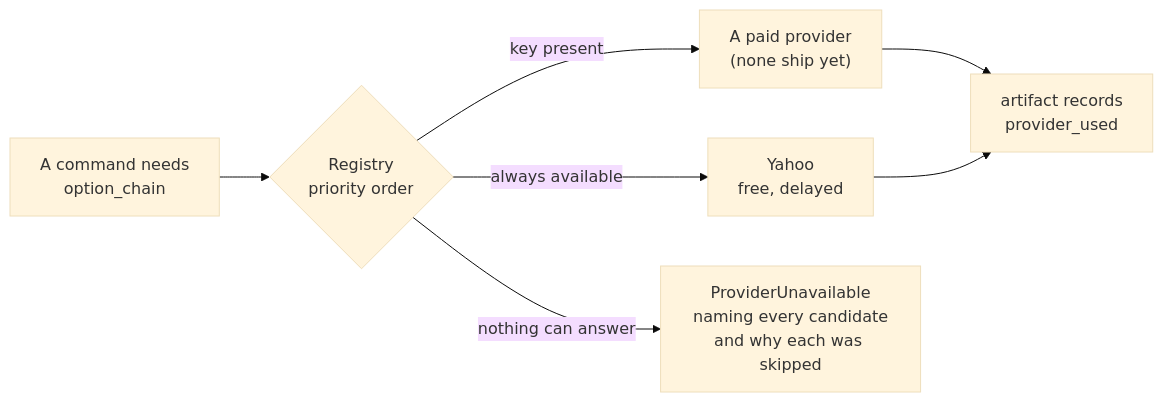
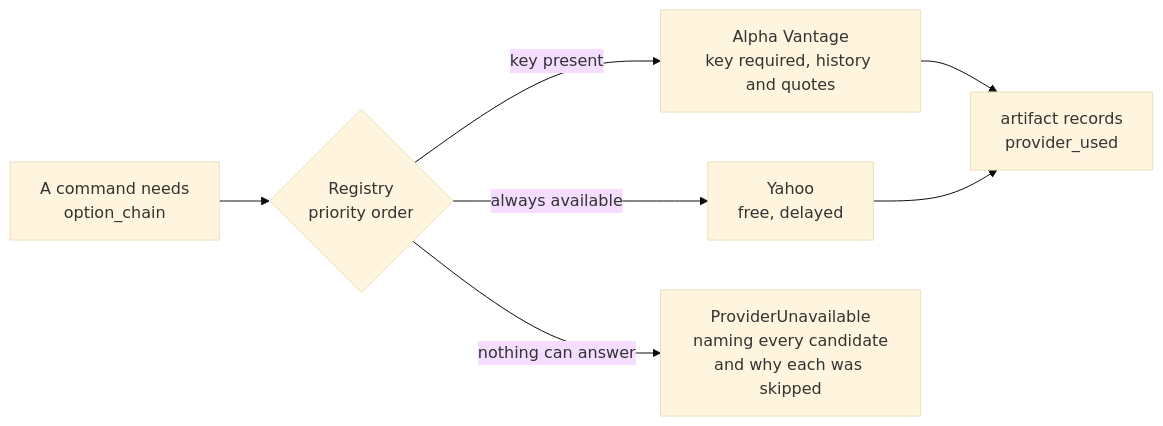
The sixth of 7 diagrams in README.md (Iman/agent-driven-options-desk-and-skills), drawn with Mermaid (base theme) before and after one commit. The commit also changed other lines of this file and 10 other files, not shown here.

````diff
--- a/README.md
+++ b/README.md
@@ -388,9 +449,9 @@
 ```mermaid
 flowchart LR
     need["A command needs<br/>option_chain"] --> reg{"Registry<br/>priority order"}
-    reg -->|"key present"| paid["A paid provider<br/>(none ship yet)"]
+    reg -->|"key present"| paid["Alpha Vantage<br/>key required, history and quotes"]
     reg -->|"always available"| yahoo["Yahoo<br/>free, delayed"]
     reg -->|"nothing can answer"| err["ProviderUnavailable<br/>naming every candidate<br/>and why each was skipped"]
     paid --> art["artifact records<br/>provider_used"]
     yahoo --> art
 ```
````
